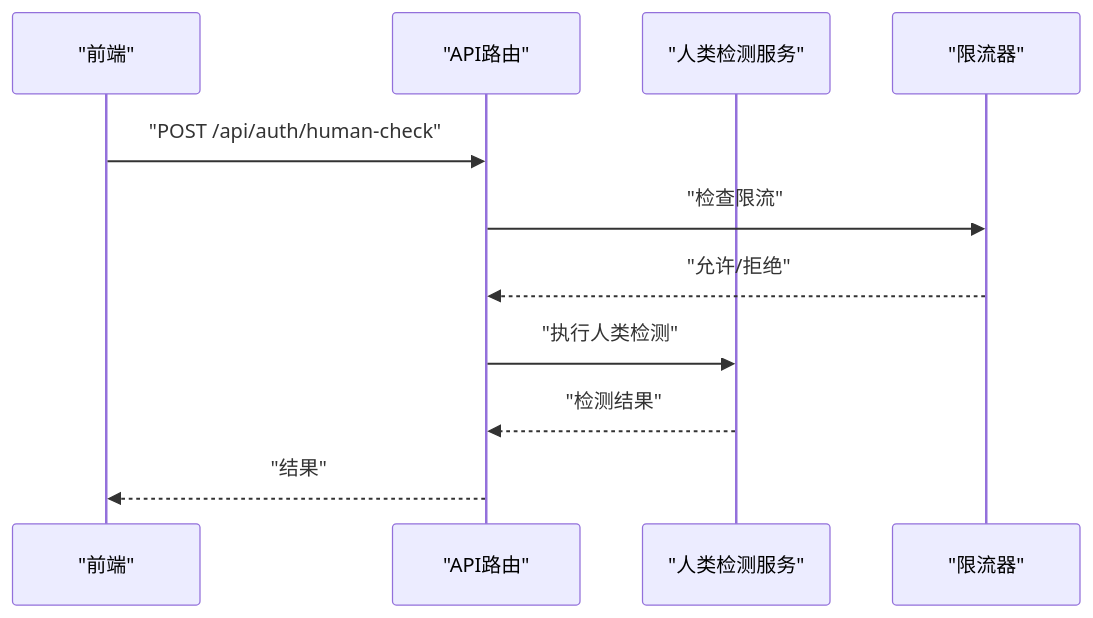
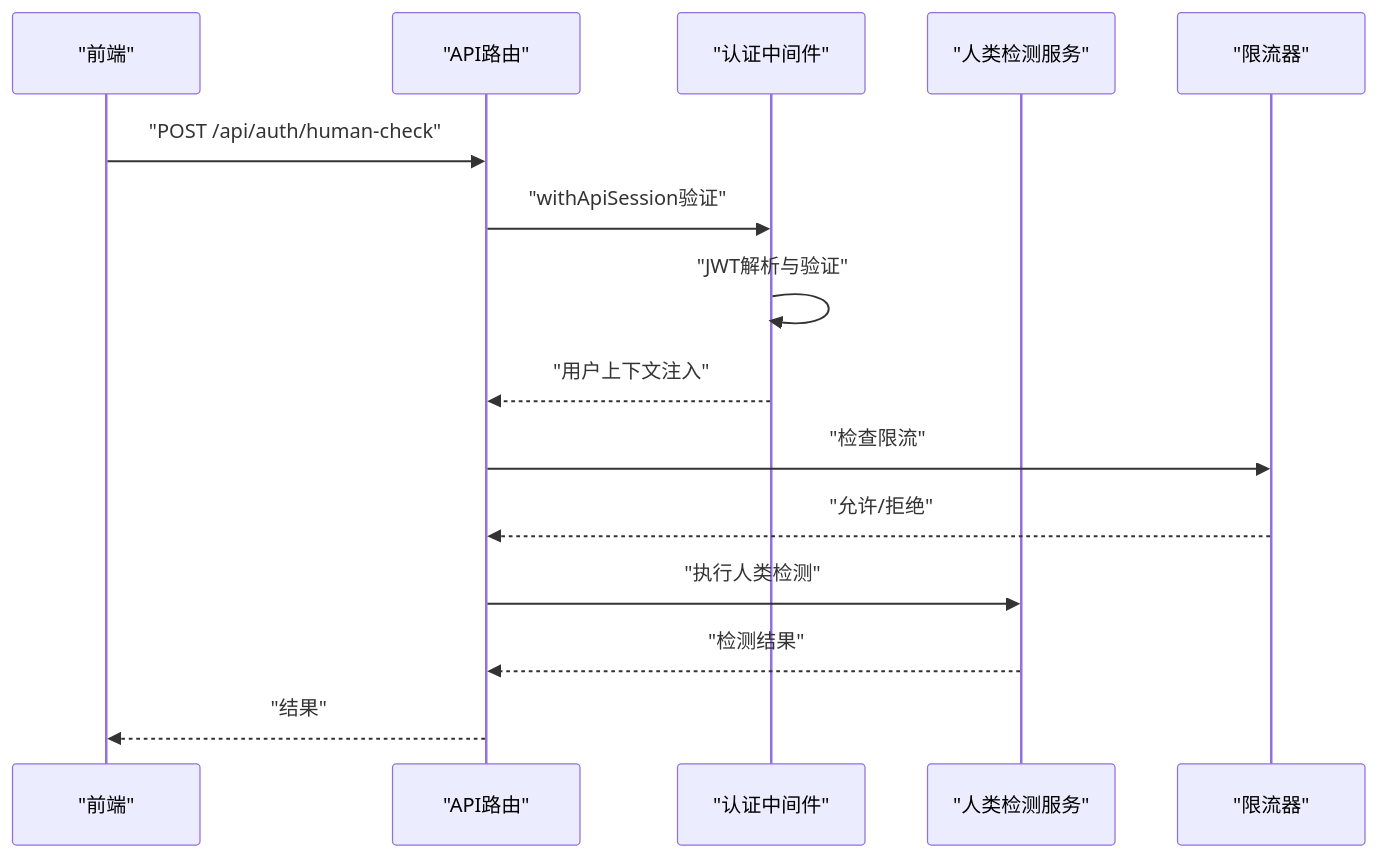
The ninth of 11 diagrams in .qoder/repowiki/zh/content/后端架构/安全与认证.md (scottcwy/PurpleInk), drawn with Mermaid before and after one commit. The commit also changed other lines of this file and 109 other files, not shown here.

````diff
--- a/.qoder/repowiki/zh/content/后端架构/安全与认证.md
+++ b/.qoder/repowiki/zh/content/后端架构/安全与认证.md
@@ -436,13 +481,17 @@
 ```mermaid
 sequenceDiagram
 participant FE as "前端"
 participant API as "API路由"
+participant Middleware as "认证中间件"
 participant HC as "人类检测服务"
 participant RL as "限流器"
 FE->>API : "POST /api/auth/human-check"
+API->>Middleware : "withApiSession验证"
+Middleware->>Middleware : "JWT解析与验证"
+Middleware-->>API : "用户上下文注入"
 API->>RL : "检查限流"
 RL-->>API : "允许/拒绝"
 API->>HC : "执行人类检测"
 HC-->>API : "检测结果"
 API-->>FE : "结果"
 ```
````
